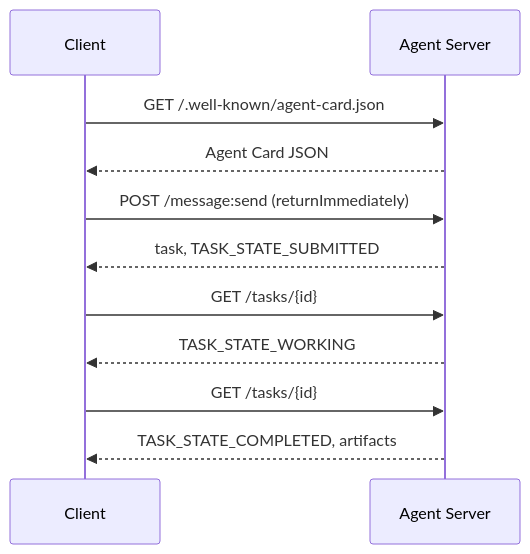
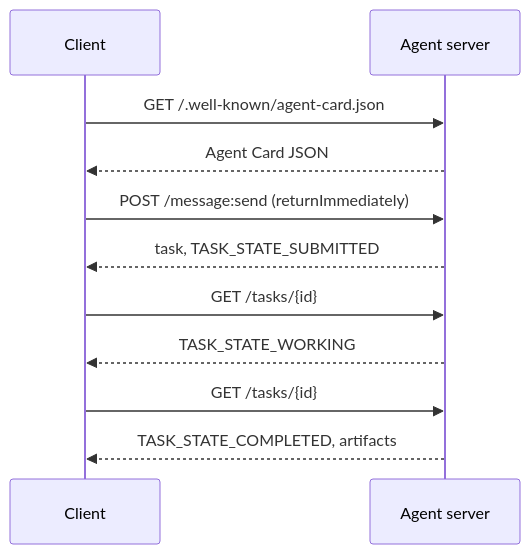
The diagram in phases/16-multi-agent-and-swarms/12-a2a-protocol/docs/en.md (cluster1900/ai-engineering-from-scratch-zh), drawn with Mermaid before and after one commit. The commit also changed other lines of this file and 10 other files, not shown here.

````diff
--- a/phases/16-multi-agent-and-swarms/12-a2a-protocol/docs/en.md
+++ b/phases/16-multi-agent-and-swarms/12-a2a-protocol/docs/en.md
@@ -78,13 +78,13 @@
 ```mermaid
 sequenceDiagram
     participant C as Client
-    participant S as Agent Server
+    participant S as Agent server
     C->>S: GET /.well-known/agent-card.json
     S-->>C: Agent Card JSON
     C->>S: POST /message:send (returnImmediately)
     S-->>C: task, TASK_STATE_SUBMITTED
     C->>S: GET /tasks/{id}
     S-->>C: TASK_STATE_WORKING
     C->>S: GET /tasks/{id}
     S-->>C: TASK_STATE_COMPLETED, artifacts
 ```
````
